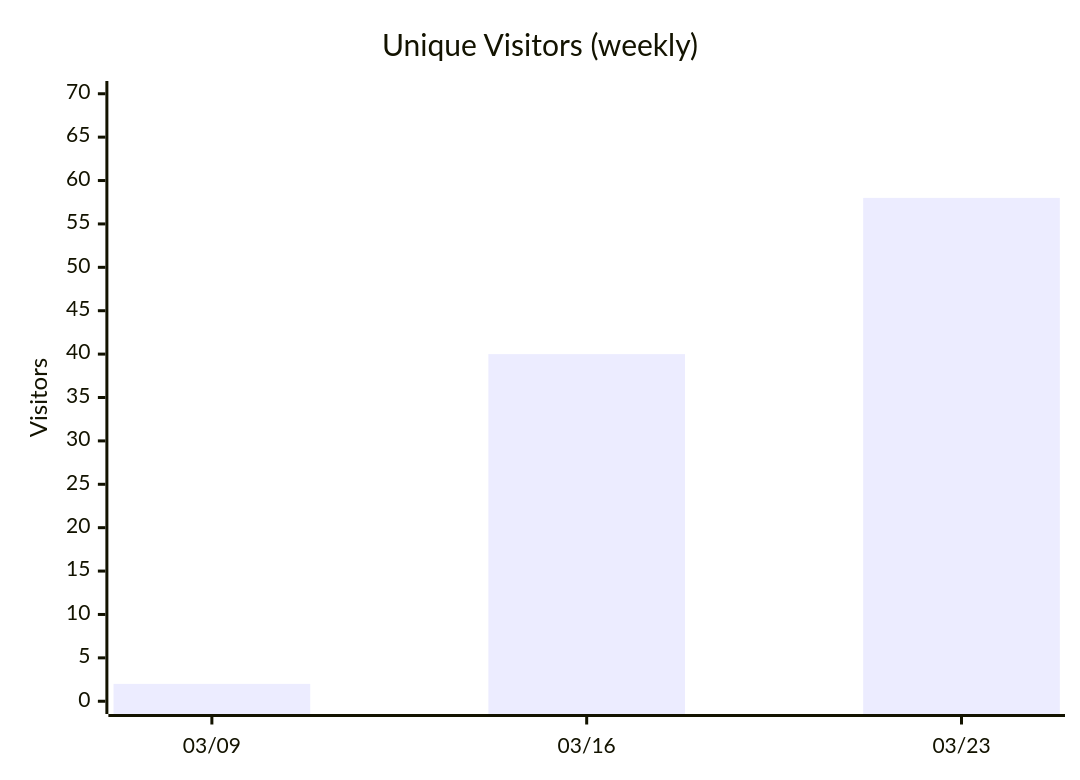
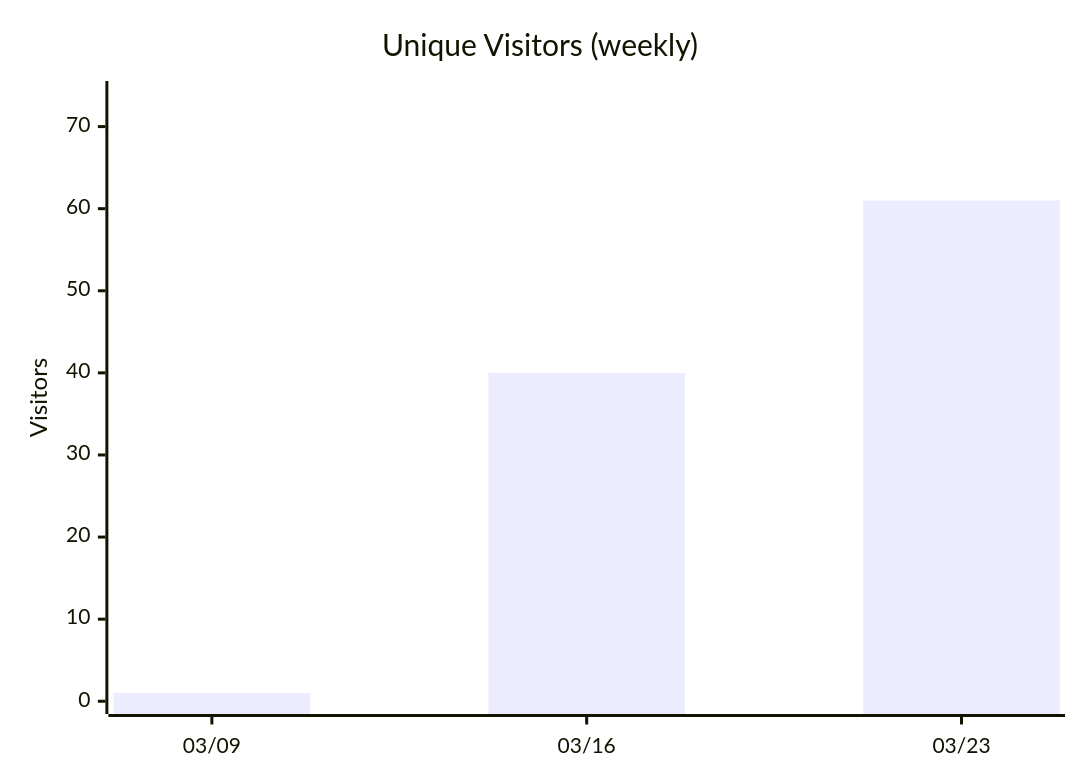
One commit to nablarch/nabledge-dev changed diagram 13 of 14 in docs/metrics.md. Above: the diagram before and after it, drawn with Mermaid. The commit also changed other lines of this file and 2 other files, not shown here.

````diff
--- a/docs/metrics.md
+++ b/docs/metrics.md
@@ -161,7 +161,7 @@
 ```mermaid
 xychart-beta
   title "Unique Visitors (weekly)"
   x-axis ["03/09", "03/16", "03/23"]
-  y-axis "Visitors" 0 --> 70
-  bar [2, 40, 58]
+  y-axis "Visitors" 0 --> 74
+  bar [1, 40, 61]
 ```
````
